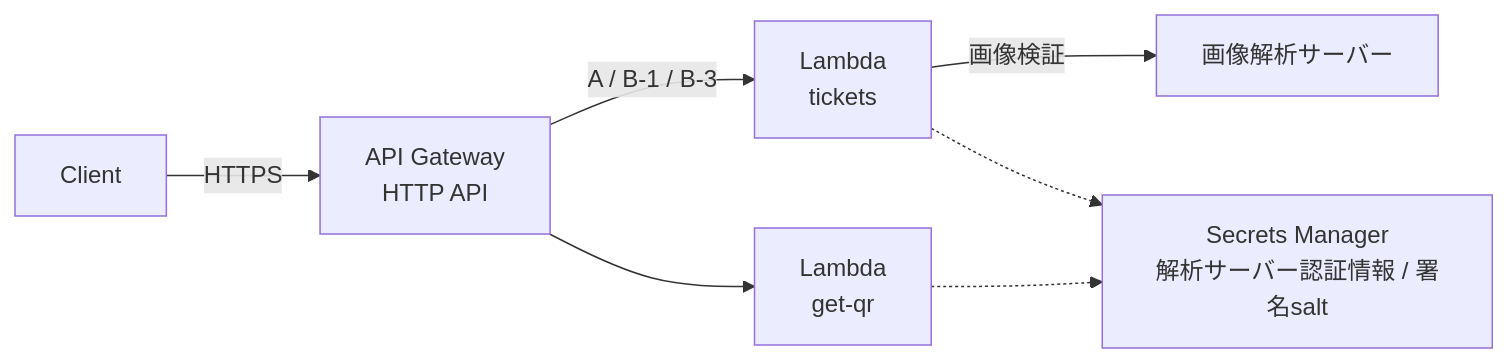
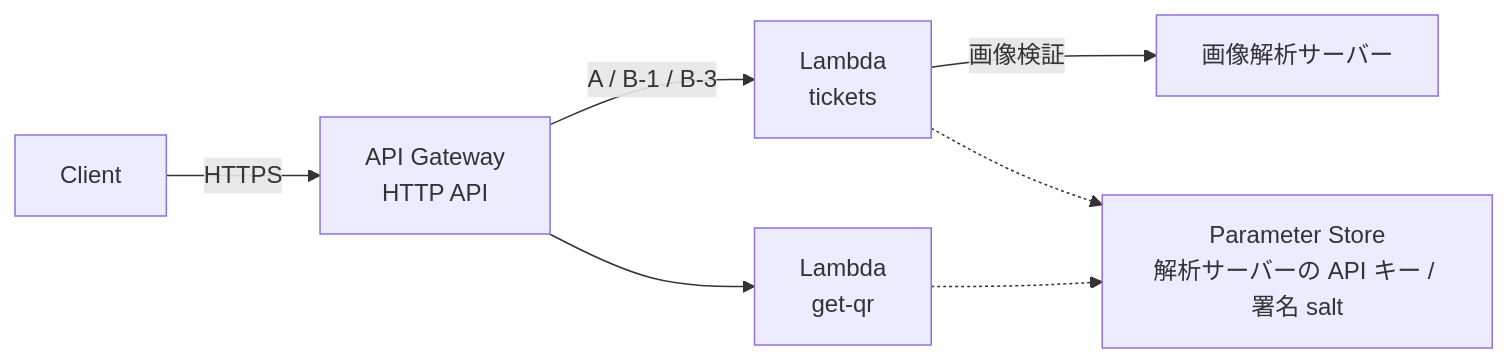
The first of 5 diagrams in docs/st/DESIGN.md (rxsxkxd/pk), drawn with Mermaid before and after one commit. The commit also changed other lines of this file and 25 other files, not shown here.

````diff
--- a/docs/st/DESIGN.md
+++ b/docs/st/DESIGN.md
@@ -35,8 +35,8 @@
 ```mermaid
 flowchart LR
   C[Client] -->|HTTPS| APIGW[API Gateway<br/>HTTP API]
   APIGW -->|A / B-1 / B-3| L1[Lambda<br/>tickets]
   APIGW --> L3[Lambda<br/>get-qr]
   L1 -->|画像検証| IA[画像解析サーバー]
-  L1 & L3 -.-> SM[Secrets Manager<br/>解析サーバー認証情報 / 署名salt]
+  L1 & L3 -.-> SM[Parameter Store<br/>解析サーバーの API キー / 署名 salt]
 ```
````
